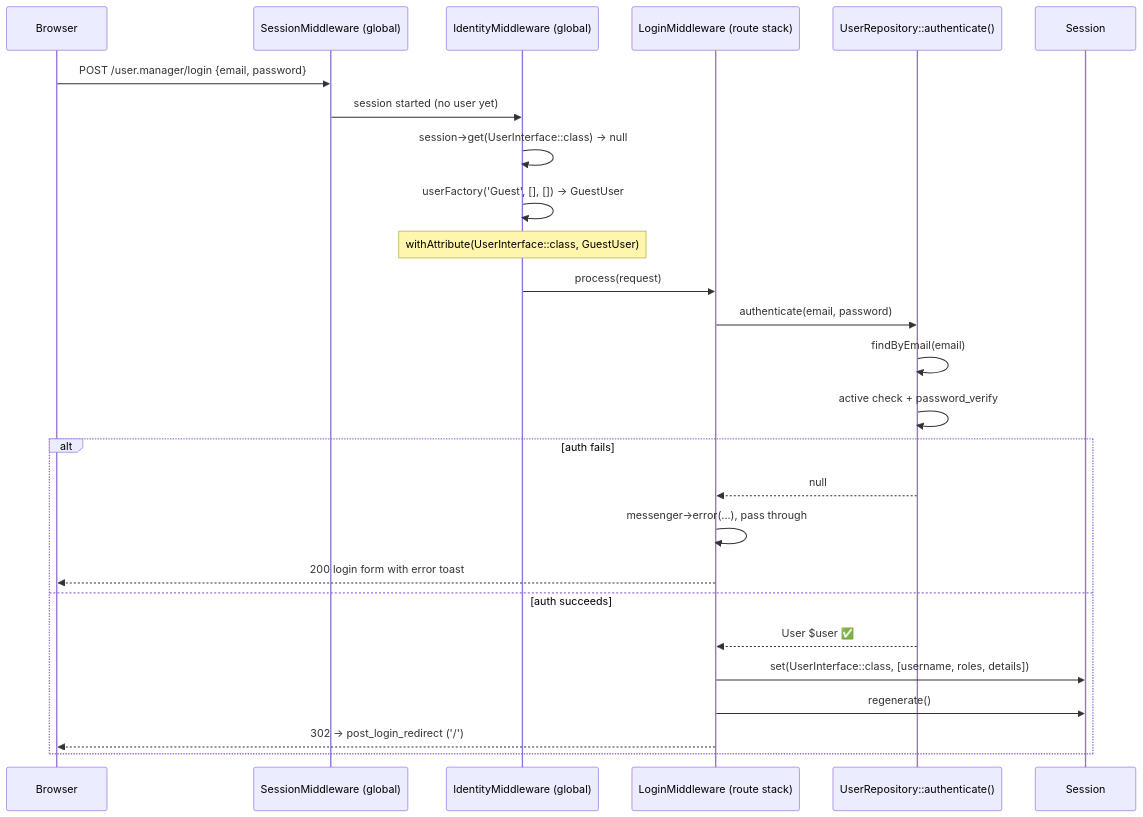
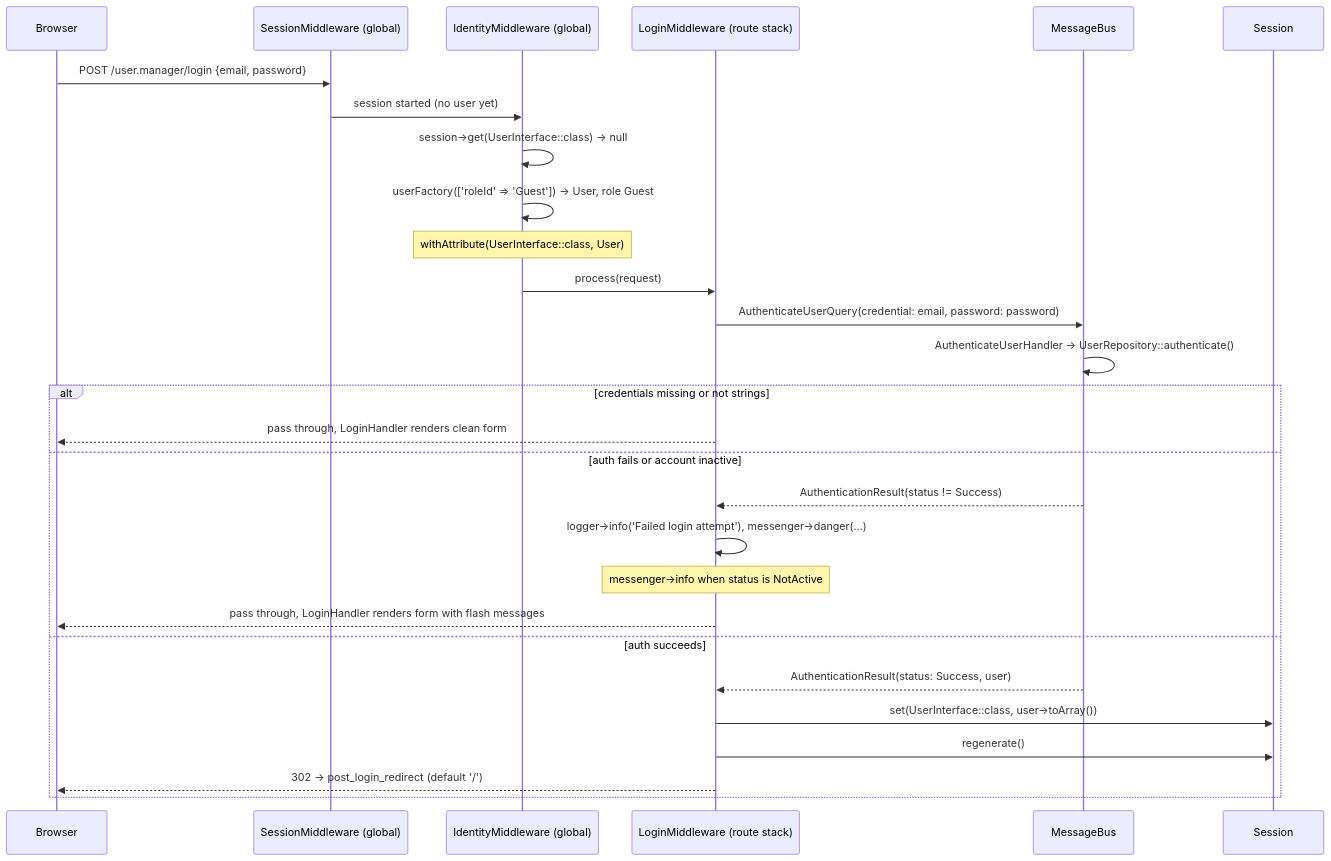
Before and after one commit to webinertia/webware-usermanager: the first of 2 diagrams in docs/identity-flow.md, drawn with Mermaid. The commit also changed other lines of this file and 4 other files, not shown here.

````diff
--- a/docs/identity-flow.md
+++ b/docs/identity-flow.md
@@ -13,29 +23,31 @@
 ```mermaid
 sequenceDiagram
     participant Browser
     participant SessionMW as SessionMiddleware (global)
     participant IdentMW as IdentityMiddleware (global)
     participant LoginMW as LoginMiddleware (route stack)
-    participant Repo as UserRepository::authenticate()
+    participant Bus as MessageBus
     participant Session
 
     Browser->>SessionMW: POST /user.manager/login {email, password}
     SessionMW->>IdentMW: session started (no user yet)
     IdentMW->>IdentMW: session->get(UserInterface::class) → null
-    IdentMW->>IdentMW: userFactory('Guest', [], []) → GuestUser
-    Note over IdentMW: withAttribute(UserInterface::class, GuestUser)
+    IdentMW->>IdentMW: userFactory(['roleId' => 'Guest']) → User, role Guest
+    Note over IdentMW: withAttribute(UserInterface::class, User)
     IdentMW->>LoginMW: process(request)
-    LoginMW->>Repo: authenticate(email, password)
-    Repo->>Repo: findByEmail(email)
-    Repo->>Repo: active check + password_verify
-    alt auth fails
-        Repo-->>LoginMW: null
-        LoginMW->>LoginMW: messenger->error(...), pass through
-        LoginMW-->>Browser: 200 login form with error toast
+    LoginMW->>Bus: AuthenticateUserQuery(credential: email, password: password)
+    Bus->>Bus: AuthenticateUserHandler → UserRepository::authenticate()
+    alt credentials missing or not strings
+        LoginMW-->>Browser: pass through, LoginHandler renders clean form
+    else auth fails or account inactive
+        Bus-->>LoginMW: AuthenticationResult(status != Success)
+        LoginMW->>LoginMW: logger->info('Failed login attempt'), messenger->danger(...)
+        Note over LoginMW: messenger->info when status is NotActive
+        LoginMW-->>Browser: pass through, LoginHandler renders form with flash messages
     else auth succeeds
-        Repo-->>LoginMW: User $user ✅
-        LoginMW->>Session: set(UserInterface::class, [username, roles, details])
+        Bus-->>LoginMW: AuthenticationResult(status: Success, user)
+        LoginMW->>Session: set(UserInterface::class, user->toArray())
         LoginMW->>Session: regenerate()
-        LoginMW-->>Browser: 302 → post_login_redirect ('/')
+        LoginMW-->>Browser: 302 → post_login_redirect (default '/')
     end
 ```
````
